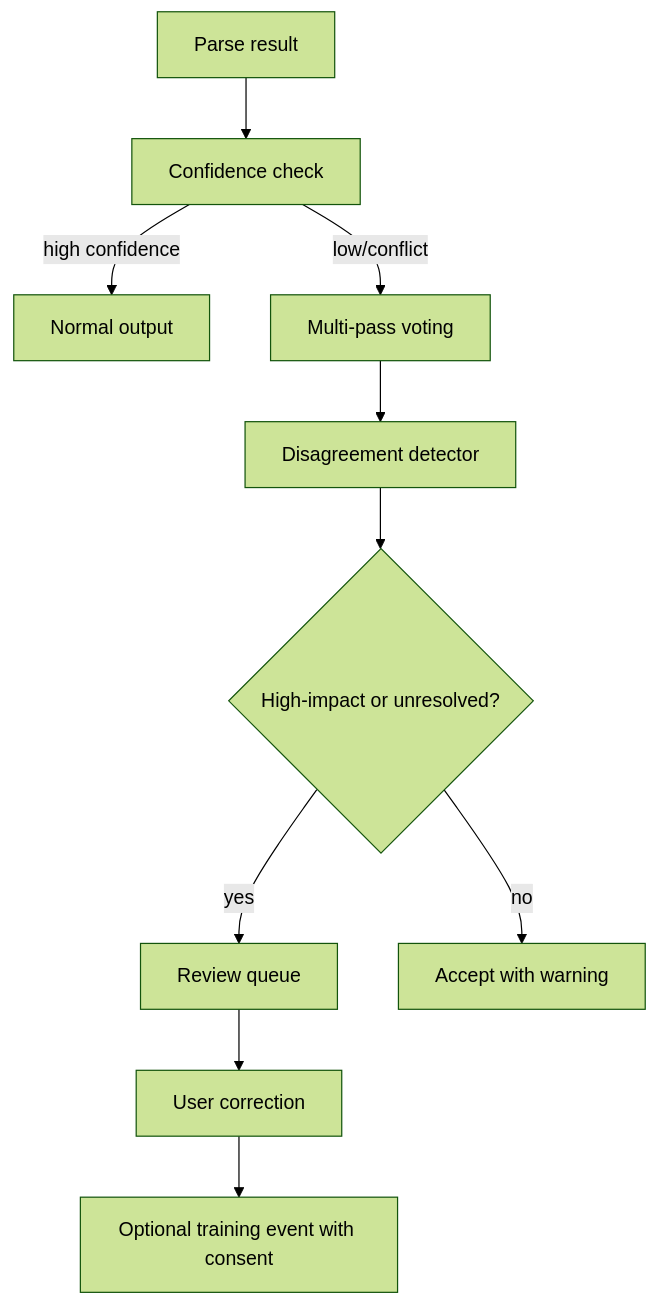
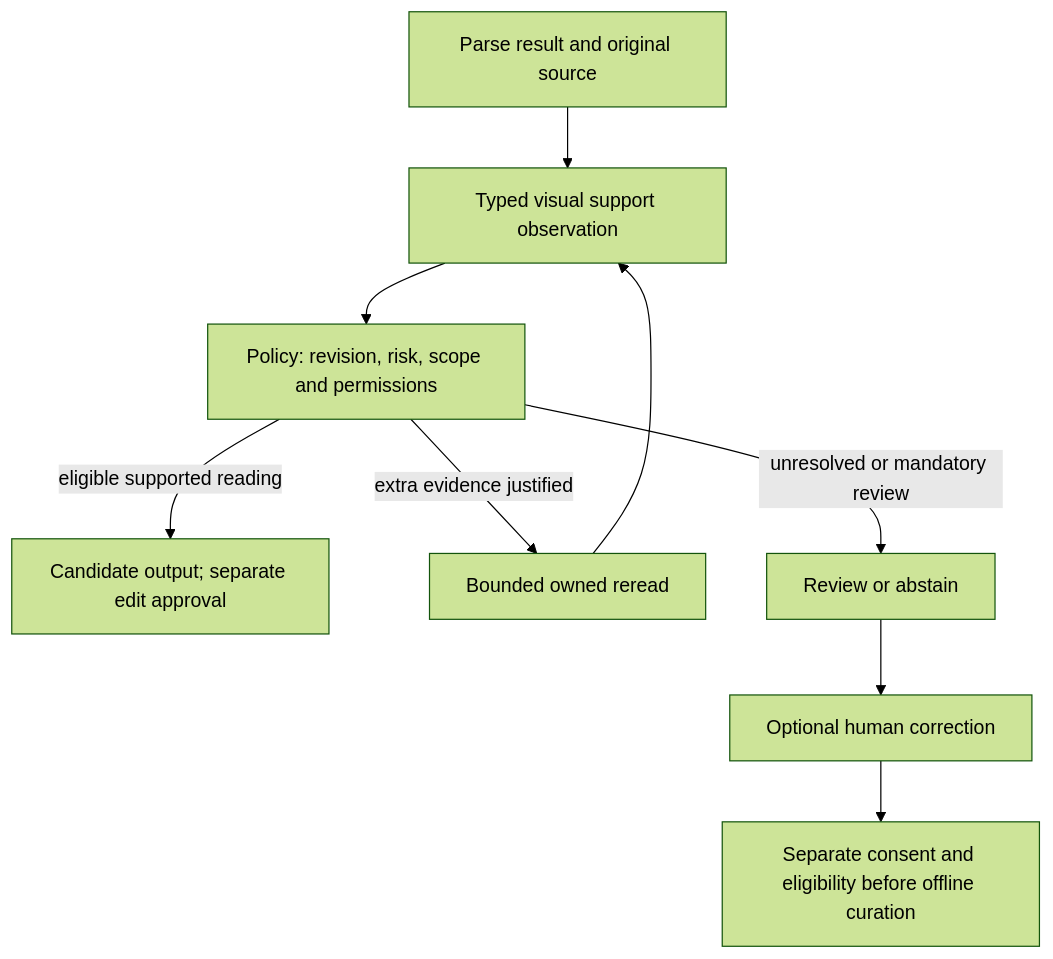
Before and after one commit to varshneydevansh/aKriti: the diagram in docs/akriti-confidence-voting-review.md, drawn with Mermaid (forest theme). The commit also changed other lines of this file and 14 other files, not shown here.

````diff
--- a/docs/akriti-confidence-voting-review.md
+++ b/docs/akriti-confidence-voting-review.md
@@ -242,12 +243,11 @@
 ```mermaid
 flowchart TD
-    A["Parse result"] --> B["Confidence check"]
-    B -->|"high confidence"| C["Normal output"]
-    B -->|"low/conflict"| D["Multi-pass voting"]
-    D --> E["Disagreement detector"]
-    E --> F{"High-impact or unresolved?"}
-    F -->|"yes"| G["Review queue"]
-    F -->|"no"| H["Accept with warning"]
-    G --> I["User correction"]
-    I --> J["Optional training event with consent"]
+    A["Parse result and original source"] --> B["Typed visual support observation"]
+    B --> C["Policy: revision, risk, scope and permissions"]
+    C -->|"eligible supported reading"| D["Candidate output; separate edit approval"]
+    C -->|"extra evidence justified"| E["Bounded owned reread"]
+    E --> B
+    C -->|"unresolved or mandatory review"| F["Review or abstain"]
+    F --> G["Optional human correction"]
+    G --> H["Separate consent and eligibility before offline curation"]
 ```
````
